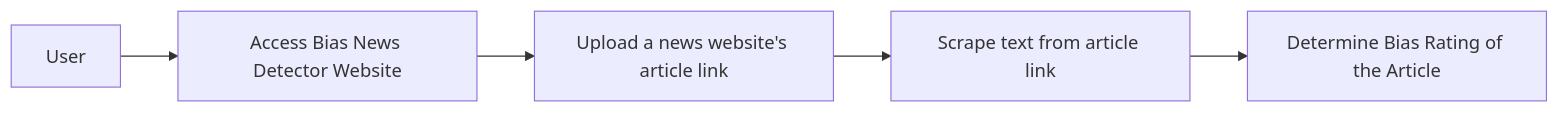
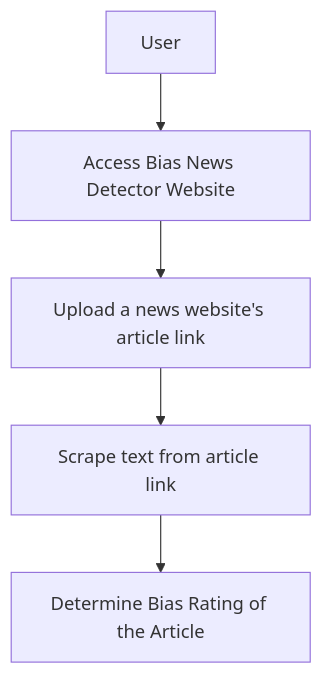
Before and after one commit to JordanDotPy/Senior_Capstone: the second of 3 diagrams in homeworks/assignment4_design_diagrams.md, drawn with Mermaid. The commit also changed other lines of this file, not shown here.

````diff
--- a/homeworks/assignment4_design_diagrams.md
+++ b/homeworks/assignment4_design_diagrams.md
@@ -12,8 +12,8 @@
 ```mermaid
-graph LR;
+graph TD;
     A[User] --> B
     B[Access Bias News Detector Website] --> C
     C[Upload a news website's article link] --> D
     D[Scrape text from article link] --> E
     E[Determine Bias Rating of the Article]
 ```
````
